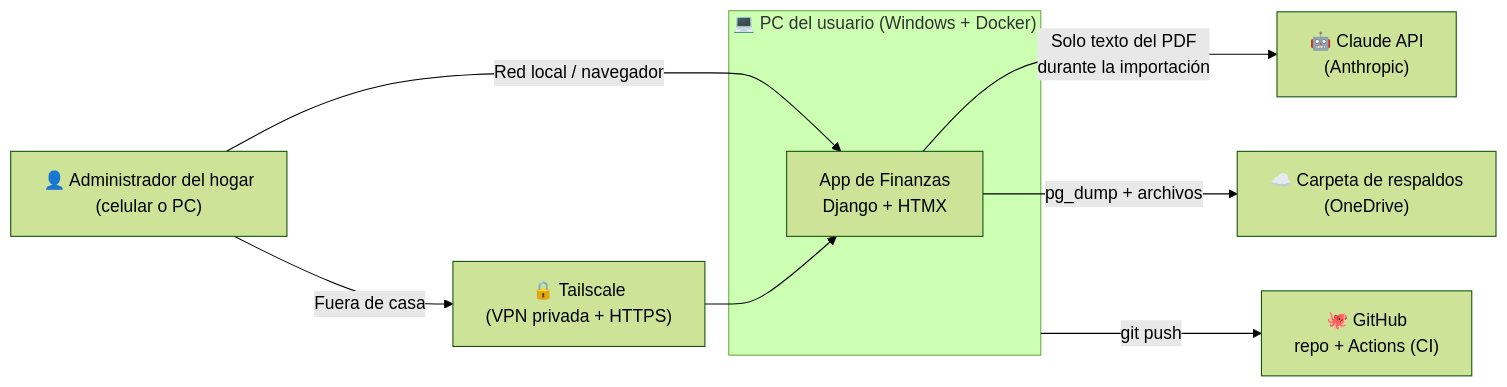
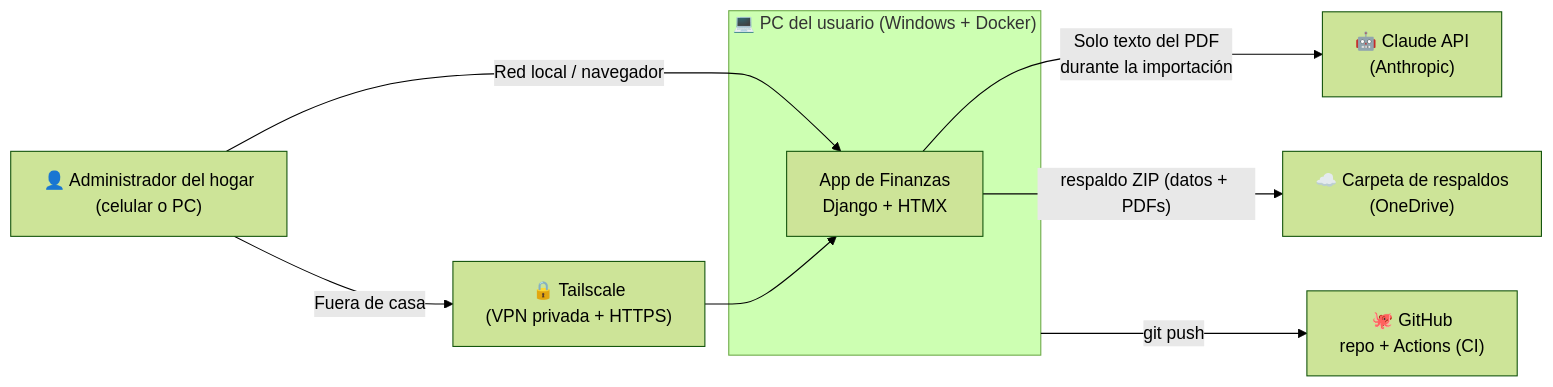
The first of 7 diagrams in docs/ARQUITECTURA.md (C354rzz/app_finanzas), drawn with Mermaid (forest theme) before and after one commit. The commit also changed other lines of this file and 5 other files, not shown here.

````diff
--- a/docs/ARQUITECTURA.md
+++ b/docs/ARQUITECTURA.md
@@ -28,17 +28,17 @@
 ```mermaid
 flowchart LR
     U["👤 Administrador del hogar<br/>(celular o PC)"]
     subgraph PC["💻 PC del usuario (Windows + Docker)"]
         APP["App de Finanzas<br/>Django + HTMX"]
     end
     TS["🔒 Tailscale<br/>(VPN privada + HTTPS)"]
     CL["🤖 Claude API<br/>(Anthropic)"]
     GH["🐙 GitHub<br/>repo + Actions (CI)"]
     OD["☁️ Carpeta de respaldos<br/>(OneDrive)"]
 
     U -- "Red local / navegador" --> APP
     U -- "Fuera de casa" --> TS --> APP
     APP -- "Solo texto del PDF<br/>durante la importación" --> CL
     PC -- "git push" --> GH
-    APP -- "pg_dump + archivos" --> OD
+    APP -- "respaldo ZIP (datos + PDFs)" --> OD
 ```
````
